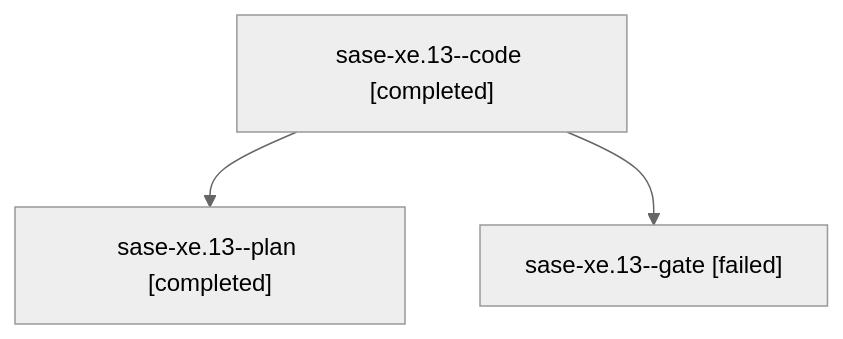
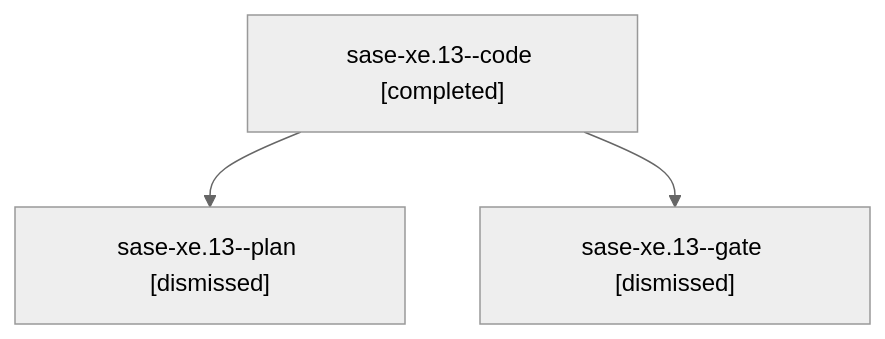
One commit to sase-org/sase--agents changed the diagram in families/bbugyi200.athena.sase-xe.13.md. Above: the diagram before and after it, drawn with Mermaid (neutral theme). The commit also changed other lines of this file and 305 other files, not shown here.

````diff
--- a/families/bbugyi200.athena.sase-xe.13.md
+++ b/families/bbugyi200.athena.sase-xe.13.md
@@ -9,8 +9,8 @@
 ```mermaid
 flowchart TD
   n0["sase-xe.13--code [completed]"]
-  n1["sase-xe.13--plan [completed]"]
+  n1["sase-xe.13--plan [dismissed]"]
   n0 --> n1
-  n2["sase-xe.13--gate [failed]"]
+  n2["sase-xe.13--gate [dismissed]"]
   n0 --> n2
 ```
````
